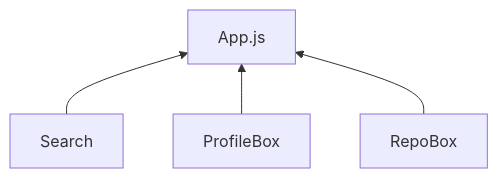
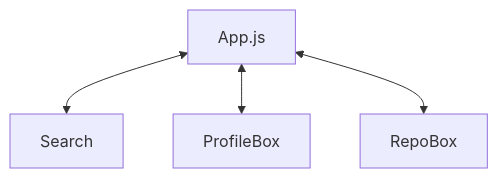
Before and after one commit to ahyeon1117/goormthon: the diagram in exp/github-finder/README.md, drawn with Mermaid.

````diff
--- a/exp/github-finder/README.md
+++ b/exp/github-finder/README.md
@@ -7,4 +7,4 @@
 ```mermaid
 flowchart BT
-Search & ProfileBox & RepoBox --> App.js
+Search & ProfileBox & RepoBox <--> App.js
 ```
````
